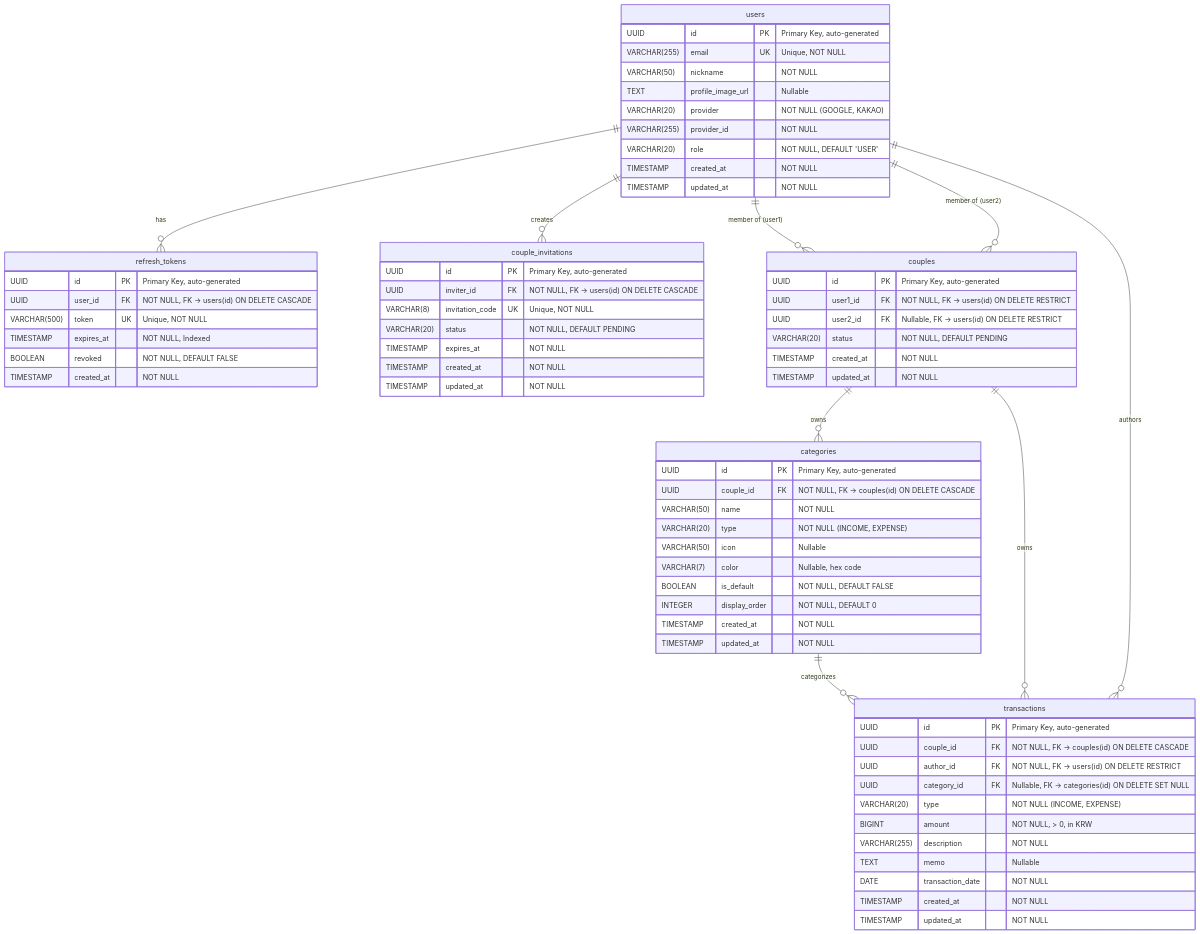
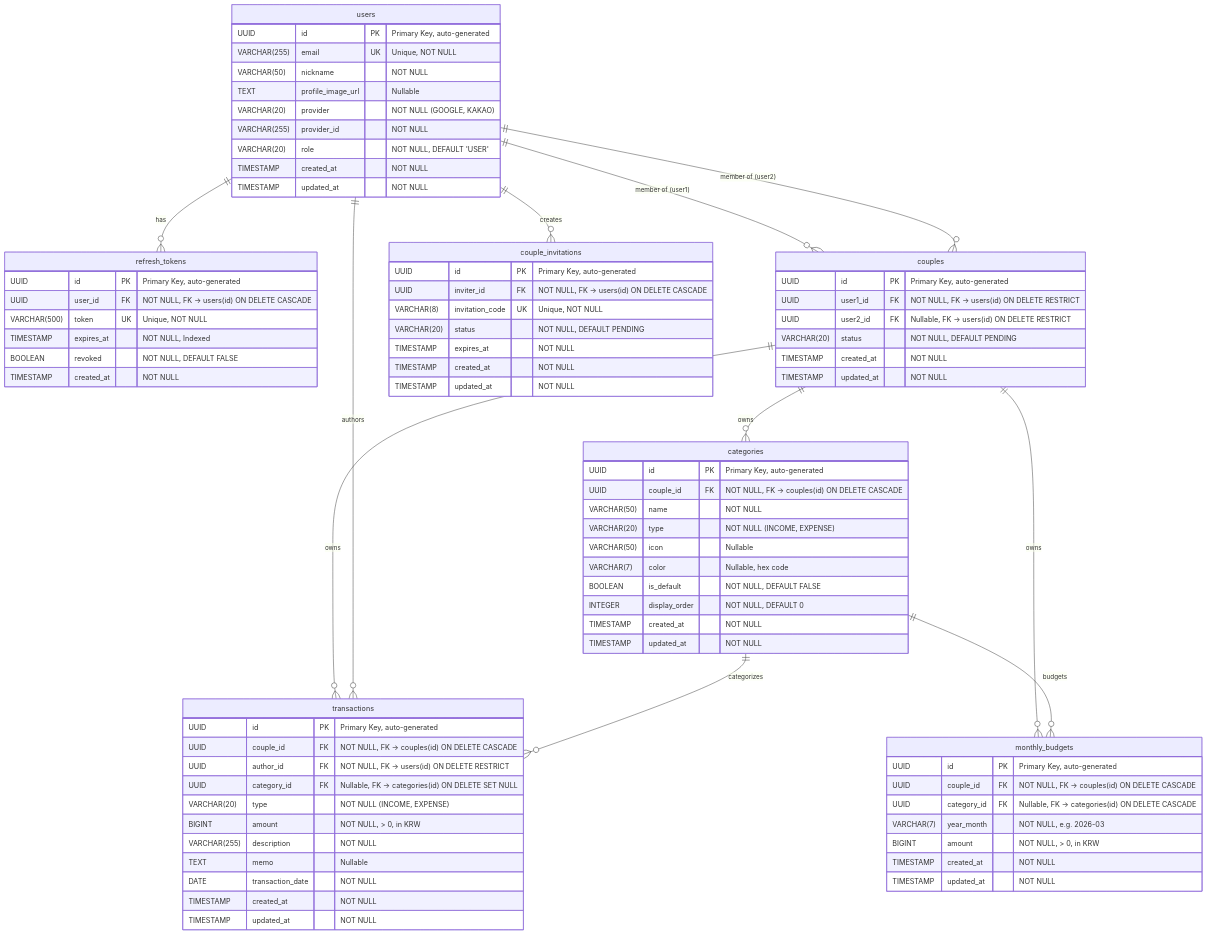
The diagram in docs/erd.md (AIVA-SaaS/budget-book), drawn with Mermaid before and after one commit. The commit also changed other lines of this file and 53 other files, not shown here.

````diff
--- a/docs/erd.md
+++ b/docs/erd.md
@@ -77,12 +77,24 @@
         TIMESTAMP updated_at "NOT NULL"
     }
 
+    monthly_budgets {
+        UUID id PK "Primary Key, auto-generated"
+        UUID couple_id FK "NOT NULL, FK -> couples(id) ON DELETE CASCADE"
+        UUID category_id FK "Nullable, FK -> categories(id) ON DELETE CASCADE"
+        VARCHAR(7) year_month "NOT NULL, e.g. 2026-03"
+        BIGINT amount "NOT NULL, > 0, in KRW"
+        TIMESTAMP created_at "NOT NULL"
+        TIMESTAMP updated_at "NOT NULL"
+    }
+
     users ||--o{ refresh_tokens : "has"
     users ||--o{ couple_invitations : "creates"
     users ||--o{ couples : "member of (user1)"
     users ||--o{ couples : "member of (user2)"
     couples ||--o{ categories : "owns"
     couples ||--o{ transactions : "owns"
+    couples ||--o{ monthly_budgets : "owns"
     users ||--o{ transactions : "authors"
     categories ||--o{ transactions : "categorizes"
+    categories ||--o{ monthly_budgets : "budgets"
 ```
````
